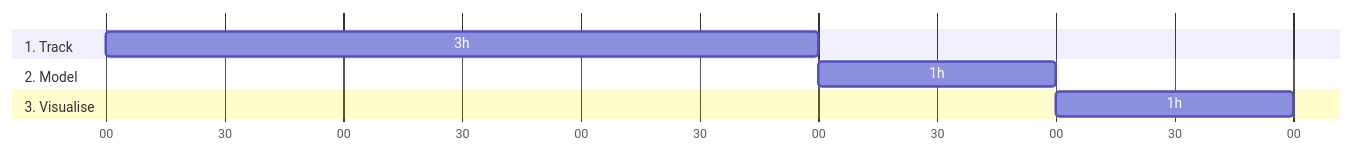
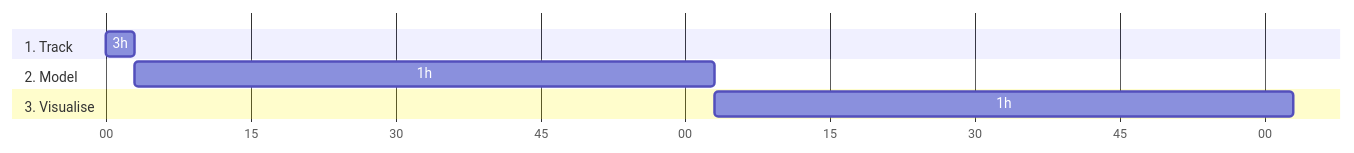
The diagram in content/_index.md (snowplow-incubator/consent-tracking-accelerator), drawn with Mermaid before and after one commit.

```diff
--- a/content/_index.md
+++ b/content/_index.md
@@ -39,12 +39,12 @@
 {{<mermaid>}}
 gantt
         dateFormat  HH-mm
         axisFormat %M
         section 1. Track
-        3h          :track, 00-00, 3h
+        3h          :track, 00-00, 3m
         section 2. Model
         1h          :model, after track, 1h
         section 3. Visualise
         1h          :visualise, after model, 1h
 
 {{</mermaid >}}
```
